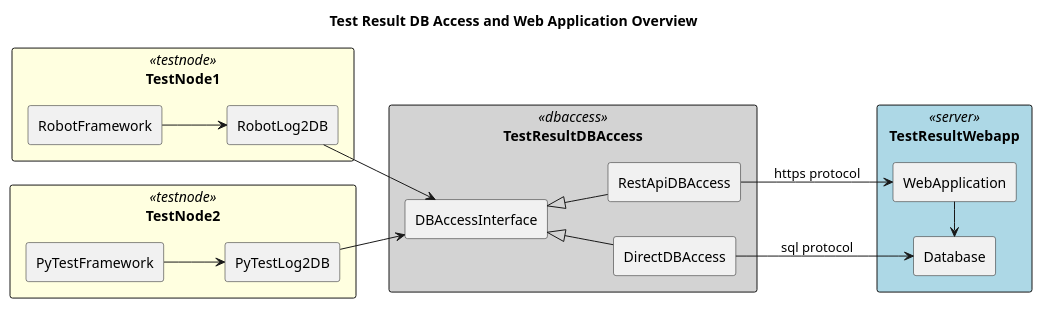
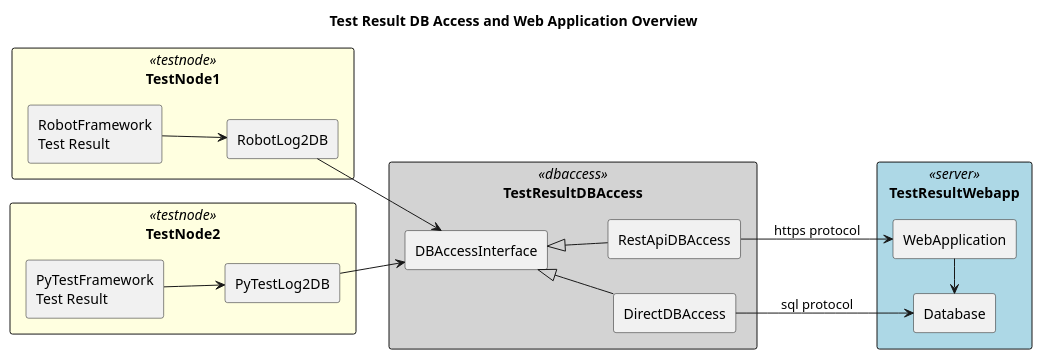
One commit to test-fullautomation/python-testresultdbaccess changed the diagram in packagedoc/design/diagrams/overview.puml. Above: the diagram before and after it, drawn with PlantUML. The commit also changed 6 other files, not shown here.

Commit message:
update diagram for all relavent packages

```diff
--- a/packagedoc/design/diagrams/overview.puml
+++ b/packagedoc/design/diagrams/overview.puml
@@ -1,53 +1,53 @@
 @startuml overview
 title Test Result DB Access and Web Application Overview
 
 left to right direction
 
 skinparam rectangle {
    BackgroundColor<<testnode>> LightYellow
    BackgroundColor<<dbaccess>> LightGray
    BackgroundColor<<server>> LightBlue
 }
 
 rectangle "TestNode1" <<testnode>>{
-   rectangle "RobotFramework" {
+   rectangle "RobotFramework\nTest Result" as RobotFramework{
    }
    rectangle "RobotLog2DB" {
    }
 }
 rectangle "TestNode2" <<testnode>> {
-   rectangle "PyTestFramework" {
+   rectangle "PyTestFramework\nTest Result" as PyTestFramework{
    }
    rectangle "PyTestLog2DB" {
    }
 }
 rectangle "TestResultDBAccess" <<dbaccess>>{
    rectangle "DBAccessInterface" {
    }
    rectangle "RestApiDBAccess" {
    }
    rectangle "DirectDBAccess" {
    }
 }
 rectangle "TestResultWebapp" <<server>> {
    rectangle "WebApplication" {
    }
    rectangle "Database" {
    }
 }
 
 ' Test Nodes
 RobotFramework --> RobotLog2DB
 PyTestFramework --> PyTestLog2DB
 RobotLog2DB --> DBAccessInterface
 PyTestLog2DB --> DBAccessInterface
 
 ' DB Access
 DBAccessInterface <|-- DirectDBAccess
 DBAccessInterface <|-- RestApiDBAccess
 
 ' Server Connections
 DirectDBAccess --> Database : sql protocol
 RestApiDBAccess --> WebApplication : https protocol
 WebApplication -right-> Database
 @enduml
```
